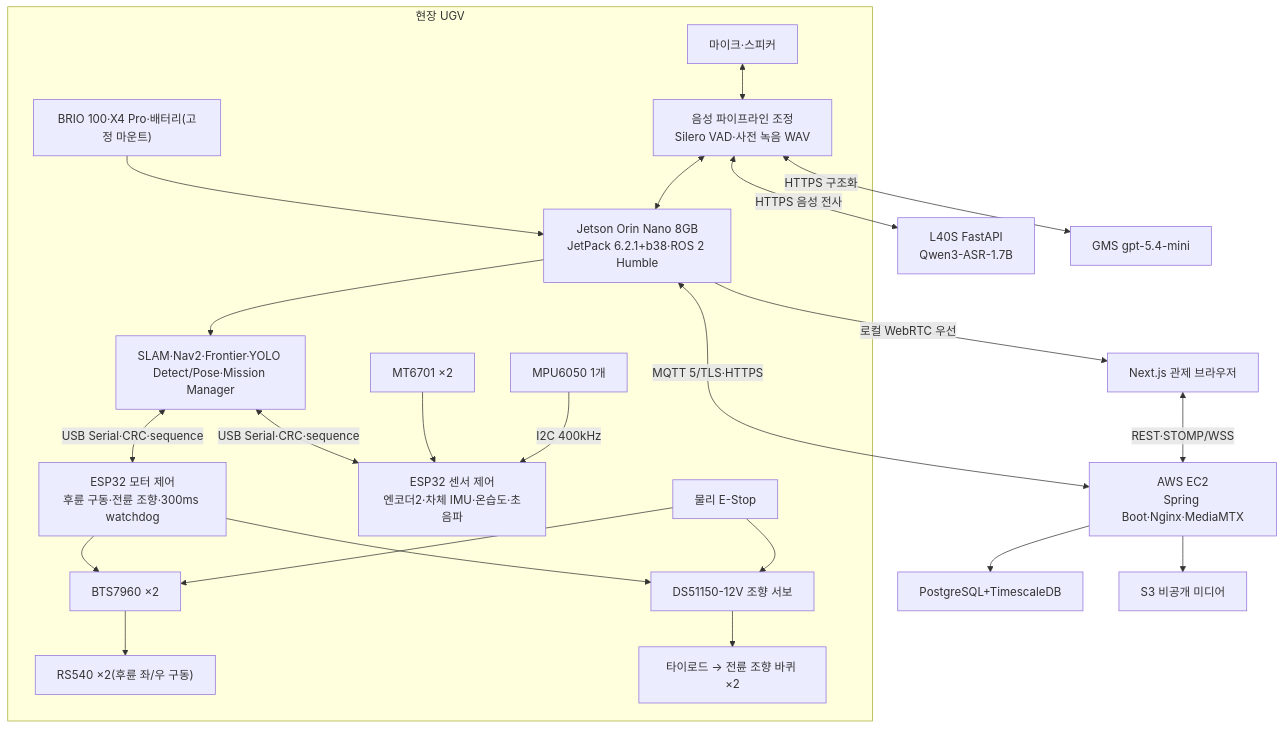
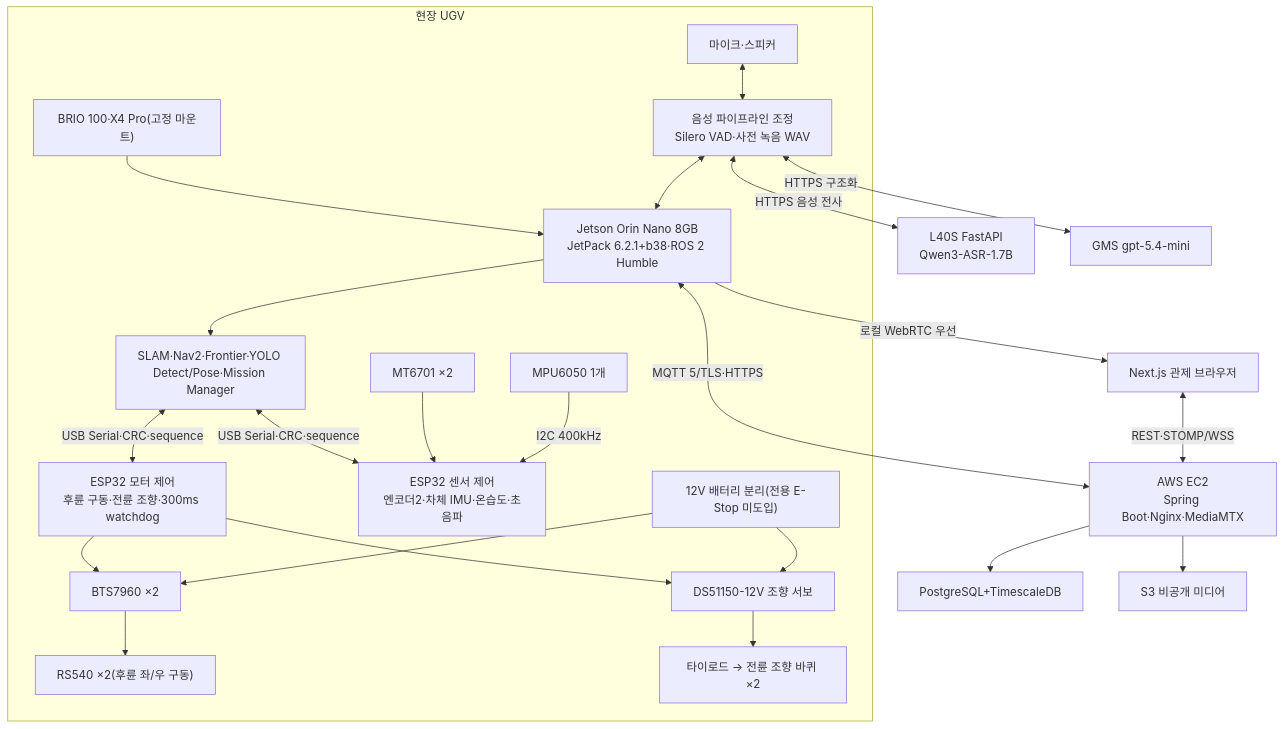
One commit to Common-AIOT/Sentinel-UGV changed the diagram in docs/01-프로젝트-개요.md. Above: the diagram before and after it, drawn with Mermaid. The commit also changed other lines of this file and 18 other files, not shown here.

````diff
--- a/docs/01-프로젝트-개요.md
+++ b/docs/01-프로젝트-개요.md
@@ -176,26 +176,26 @@
 ```mermaid
 flowchart TB
     subgraph field["현장 UGV"]
-        sensors["BRIO 100·X4 Pro·배터리(고정 마운트)"] --> jetson["Jetson Orin Nano 8GB\nJetPack 6.2.1+b38·ROS 2 Humble"]
+        sensors["BRIO 100·X4 Pro(고정 마운트)"] --> jetson["Jetson Orin Nano 8GB\nJetPack 6.2.1+b38·ROS 2 Humble"]
         jetson --> autonomy["SLAM·Nav2·Frontier·YOLO Detect/Pose·Mission Manager"]
         audio["마이크·스피커"] <--> voice["음성 파이프라인 조정\nSilero VAD·사전 녹음 WAV"]
         voice <--> jetson
         autonomy <-->|"USB Serial·CRC·sequence"| esp32m["ESP32 모터 제어\n후륜 구동·전륜 조향·300ms watchdog"]
         autonomy <-->|"USB Serial·CRC·sequence"| esp32s["ESP32 센서 제어\n엔코더2·차체 IMU·온습도·초음파"]
         esp32m --> driver["BTS7960 ×2"]
         esp32m --> servo["DS51150-12V 조향 서보"]
         driver --> motors["RS540 ×2(후륜 좌/우 구동)"]
         servo --> front["타이로드 → 전륜 조향 바퀴 ×2"]
-        estop["물리 E-Stop"] --> driver
+        estop["12V 배터리 분리(전용 E-Stop 미도입)"] --> driver
         estop --> servo
         enc["MT6701 ×2"] --> esp32s
         imu["MPU6050 1개"] -->|"I2C 400kHz"| esp32s
     end
     voice <-->|"HTTPS 음성 전사"| asr["L40S FastAPI\nQwen3-ASR-1.7B"]
     voice <-->|"HTTPS 구조화"| gms["GMS gpt-5.4-mini"]
     jetson <-->|"MQTT 5/TLS·HTTPS"| cloud["AWS EC2\nSpring Boot·Nginx·MediaMTX"]
     cloud --> db["PostgreSQL+TimescaleDB"]
     cloud --> s3["S3 비공개 미디어"]
     browser["Next.js 관제 브라우저"] <-->|"REST·STOMP/WSS"| cloud
     jetson -->|"로컬 WebRTC 우선"| browser
 ```
````
